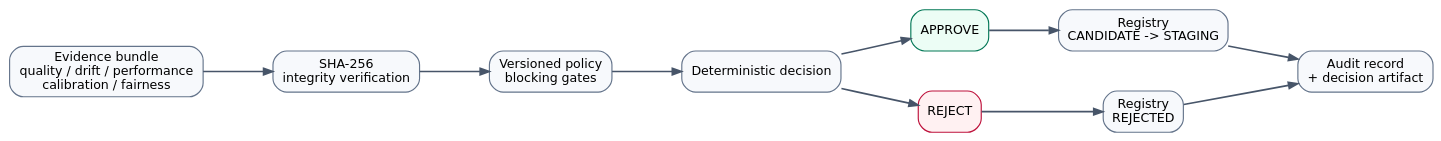
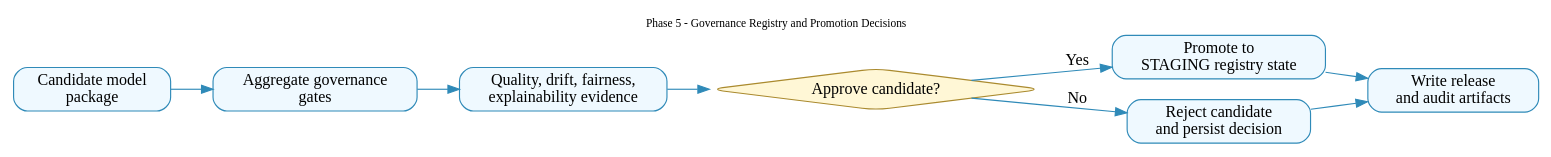
Before and after one commit to Parmodk2310/CreditScorev4-ML-Governance: the diagram in docs/assets/diagrams/phase5-governance-registry.dot, drawn with Graphviz. The commit also changed 50 other files, not shown here.

Commit message:
docs: integrate complete Phase 1-13 architecture

```diff
--- a/docs/assets/diagrams/phase5-governance-registry.dot
+++ b/docs/assets/diagrams/phase5-governance-registry.dot
@@ -1,19 +1,24 @@
 digraph G {
-  graph [rankdir=LR, bgcolor="transparent", pad=0.3, nodesep=0.48, ranksep=0.85, fontname="DejaVu Sans"];
-  node [shape=box, style="rounded,filled", fillcolor="#f7f9fc", color="#64748b", fontname="DejaVu Sans", fontsize=11];
-  edge [color="#475569", penwidth=1.4, arrowsize=0.8];
-  e [label="Evidence bundle\nquality / drift / performance\ncalibration / fairness"];
-  h [label="SHA-256\nintegrity verification"];
-  p [label="Versioned policy\nblocking gates"];
-  dec [label="Deterministic decision"];
-  app [label="APPROVE", fillcolor="#ecfdf5", color="#047857"];
-  rej [label="REJECT", fillcolor="#fff1f2", color="#be123c"];
-  st [label="Registry\nCANDIDATE -> STAGING"];
-  rr [label="Registry\nREJECTED"];
-  audit [label="Audit record\n+ decision artifact"];
-  e -> h -> p -> dec;
-  dec -> app;
-  dec -> rej;
-  app -> st -> audit;
-  rej -> rr -> audit;
+  rankdir=LR;
+  graph [fontsize=10, labelloc=t, label="Phase 5 - Governance Registry and Promotion Decisions"];
+  node [shape=box, style="rounded,filled", fillcolor="#eff9ff", color="#2f8ab8"];
+  edge [color="#2f8ab8"];
+  A [label="Candidate model
+package"];
+  B [label="Aggregate governance
+gates"];
+  C [label="Quality, drift, fairness,
+explainability evidence"];
+  D [label="Approve candidate?", shape=diamond, fillcolor="#fff7d6", color="#aa8a2e"];
+  E [label="Promote to
+STAGING registry state"];
+  F [label="Reject candidate
+and persist decision"];
+  G [label="Write release
+and audit artifacts"];
+  A -> B -> C -> D;
+  D -> E [label="Yes"];
+  D -> F [label="No"];
+  E -> G;
+  F -> G;
 }
```
